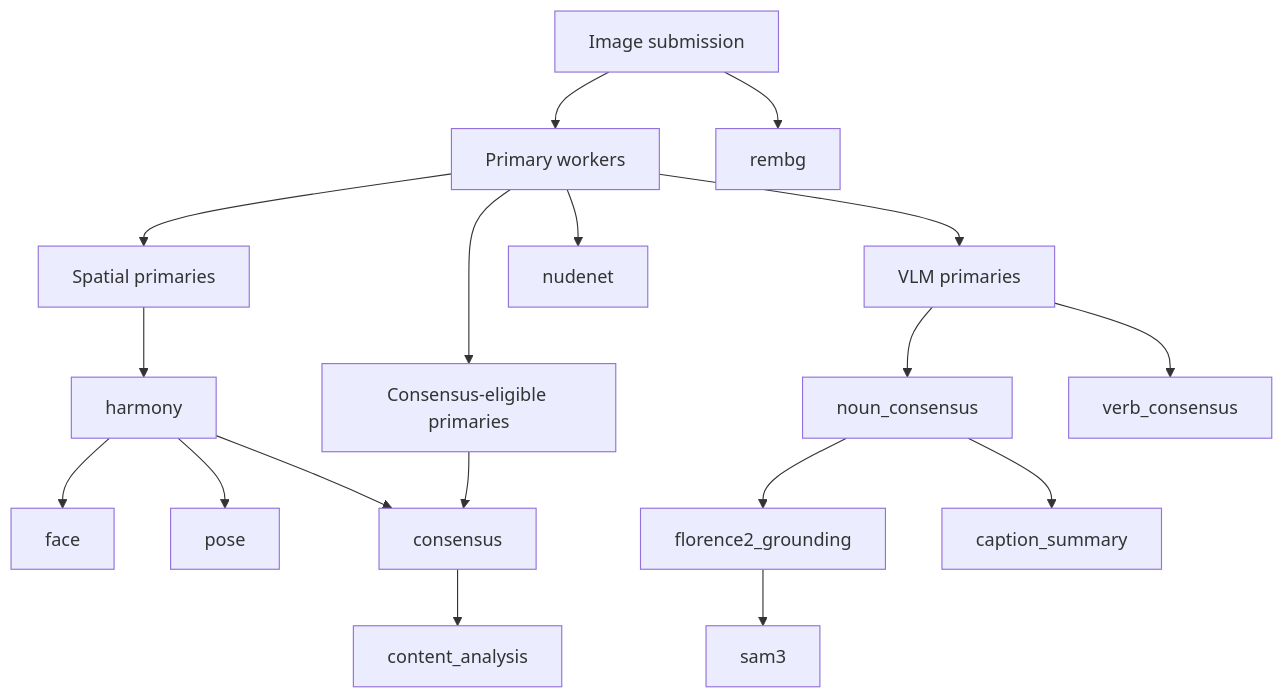
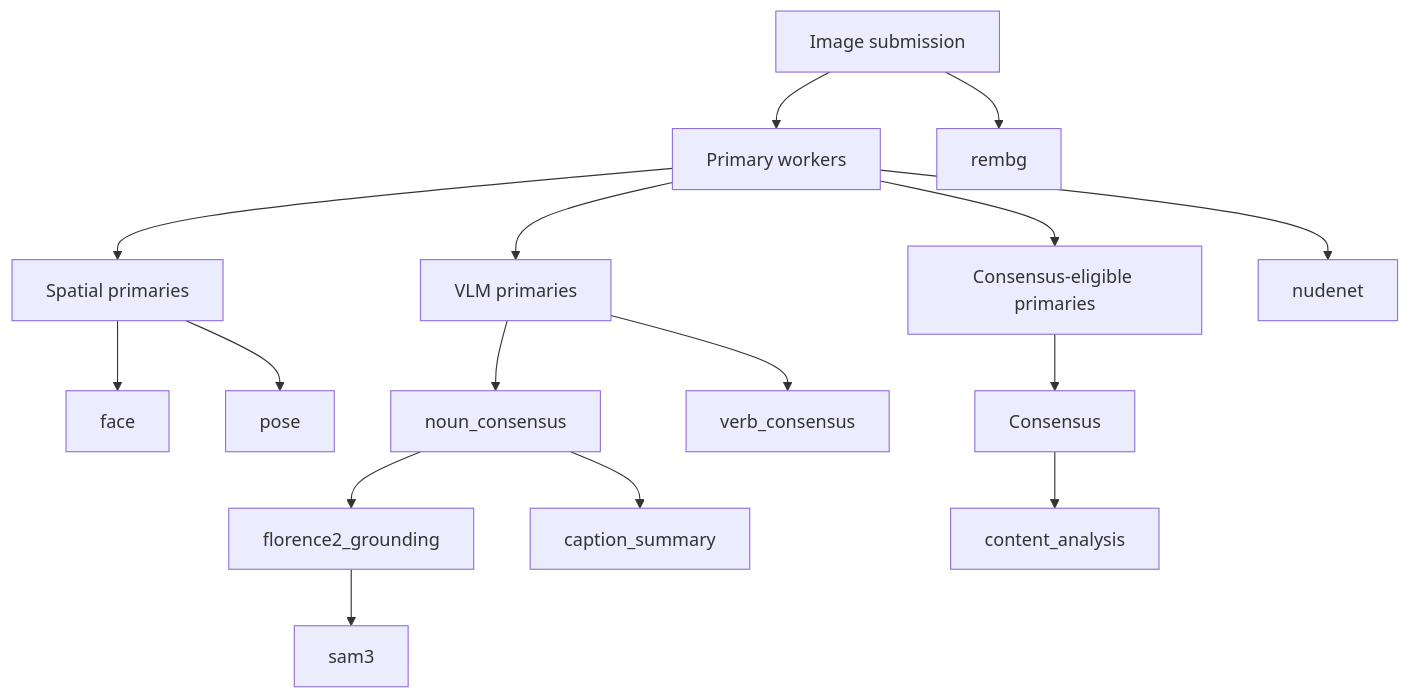
The diagram in docs/workflow.md (ice9innovations/windmill), drawn with Mermaid before and after one commit. The commit also changed other lines of this file and 28 other files, not shown here.

````diff
--- a/docs/workflow.md
+++ b/docs/workflow.md
@@ -31,26 +30,24 @@
 ```mermaid
 flowchart TD
     Submit[Image submission]
 
     Submit --> PrimaryWorkers[Primary workers]
 
     PrimaryWorkers --> Spatial[Spatial primaries]
     PrimaryWorkers --> VLM[VLM primaries]
     PrimaryWorkers --> ConsensusEligible[Consensus-eligible primaries]
     PrimaryWorkers --> Nudenet[nudenet]
 
-    Spatial --> Harmony[harmony]
-    Harmony --> Face[face]
-    Harmony --> Pose[pose]
-    Harmony --> Consensus[consensus]
+    Spatial --> Face[face]
+    Spatial --> Pose[pose]
 
     VLM --> Noun[noun_consensus]
     VLM --> Verb[verb_consensus]
 
     ConsensusEligible --> Consensus
     Noun --> Grounding[florence2_grounding]
     Noun --> CaptionSummary[caption_summary]
     Grounding --> Sam3[sam3]
     Consensus --> ContentAnalysis[content_analysis]
     Submit --> Rembg[rembg]
 ```
````
